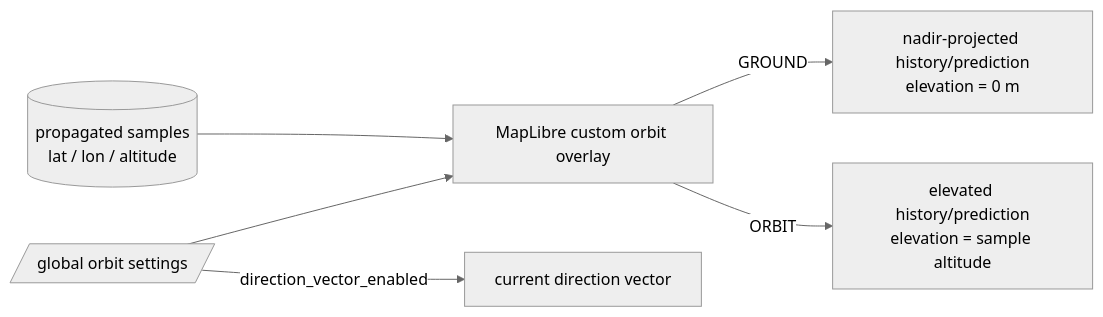
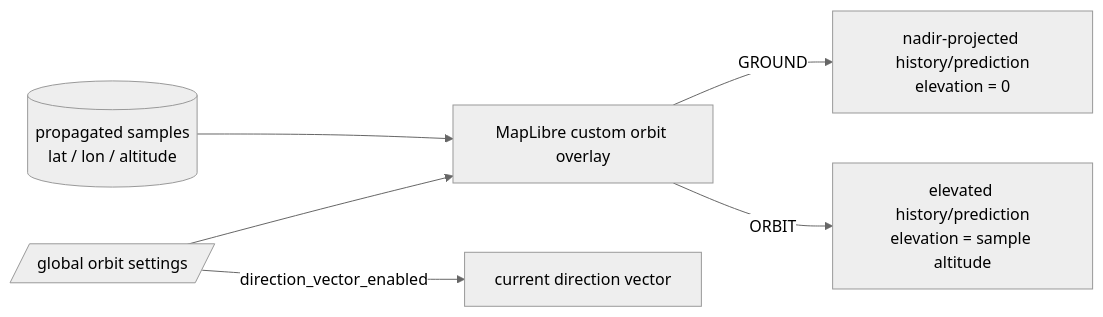
One commit to ExoSpaceLabs/world-sat-monitor changed the first of 3 diagrams in docs/orbit-display.md. Above: the diagram before and after it, drawn with Mermaid (neutral theme). The commit also changed other lines of this file, not shown here.

Commit message:
docs(world-sat-monitor): clarify orbit overlay elevation units

````diff
--- a/docs/orbit-display.md
+++ b/docs/orbit-display.md
@@ -7,8 +7,8 @@
 ```mermaid
 flowchart LR
     S[(propagated samples<br/>lat / lon / altitude)] --> R[MapLibre custom orbit overlay]
     C[/global orbit settings/] --> R
-    R -->|GROUND| G[nadir-projected history/prediction<br/>elevation = 0 m]
+    R -->|GROUND| G[nadir-projected history/prediction<br/>elevation = 0]
     R -->|ORBIT| O[elevated history/prediction<br/>elevation = sample altitude]
     C -->|direction_vector_enabled| D[current direction vector]
 ```
````
